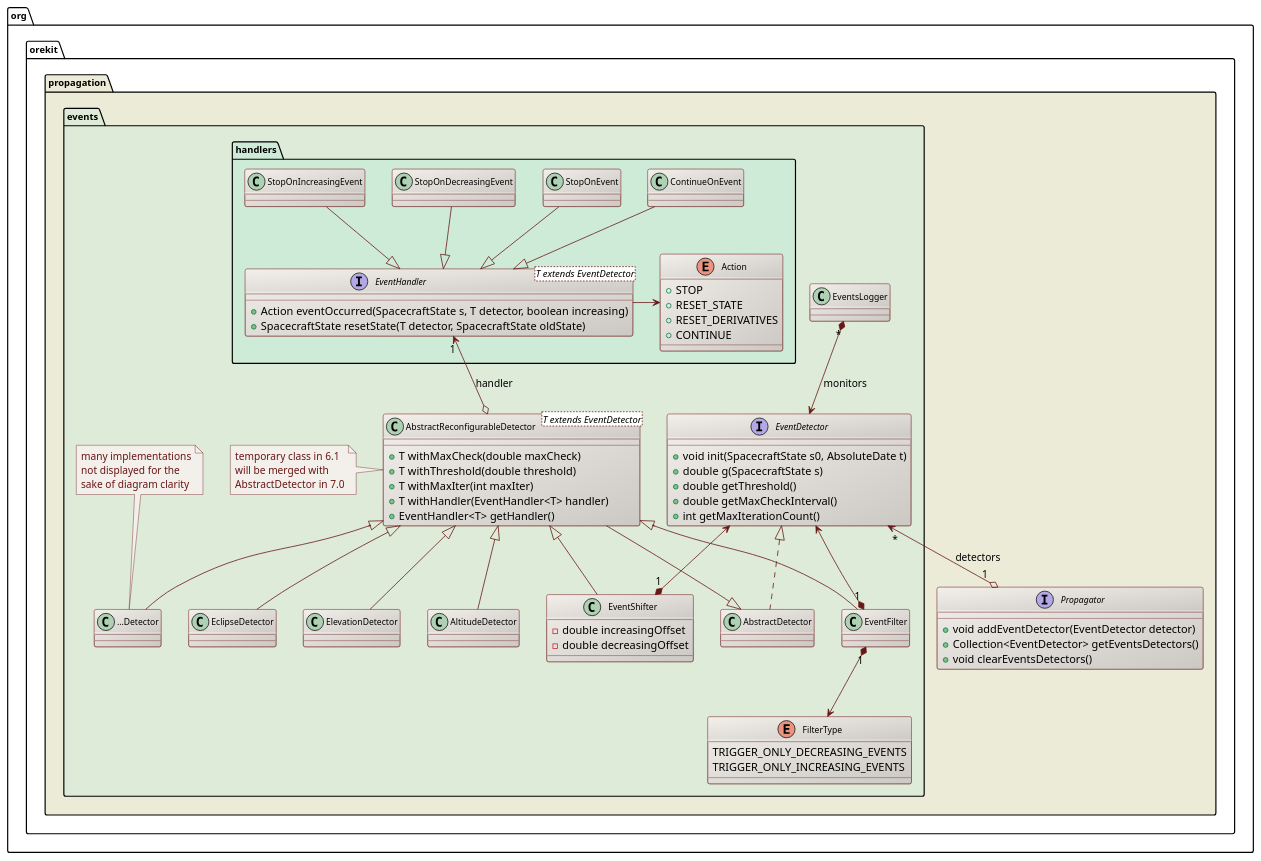
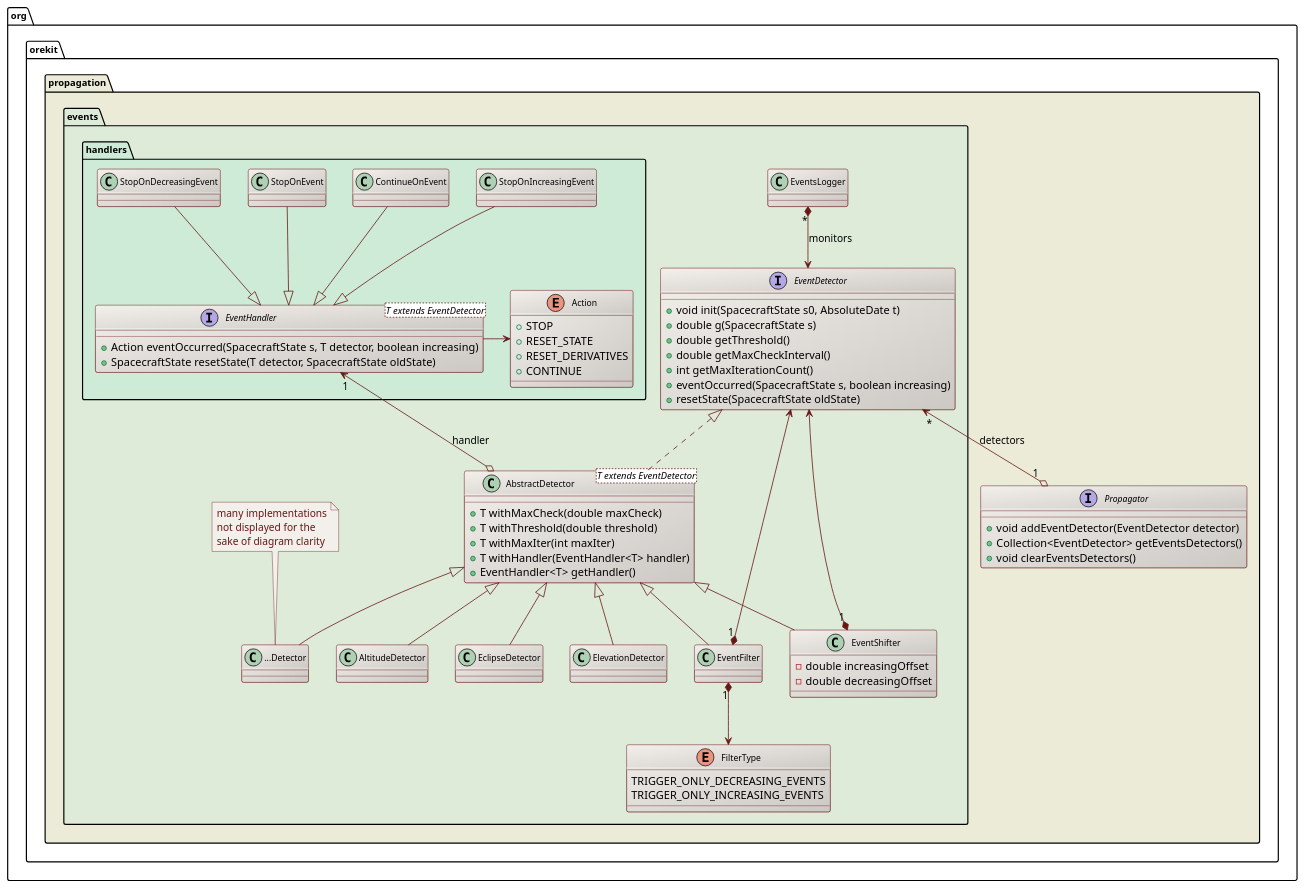
One commit to CS-SI/Orekit changed the diagram in src/design/events-class-diagram.puml. Above: the diagram before and after it, drawn with PlantUML. The commit also changed 5 other files, not shown here.

```diff
--- a/src/design/events-class-diagram.puml
+++ b/src/design/events-class-diagram.puml
@@ -17,108 +17,104 @@
 @startuml
 
   skinparam svek                  true
   skinparam ClassBackgroundColor  #F3EFEB/CCC9C5
   skinparam ClassArrowColor       #691616
   skinparam ClassBorderColor      #691616
   skinparam NoteBackgroundColor   #F3EFEB
   skinparam NoteBorderColor       #691616
   skinparam NoteFontColor         #691616
   skinparam ClassFontSize         11
   skinparam PackageFontSize       12
 
   package org.orekit.propagation #ECEBD8 {
 
     package events #DDEBD8 {
 
       package handlers #CEEBD8 {
 
         interface "EventHandler<T extends EventDetector>" as EventHandler_T_ {
           +Action eventOccurred(SpacecraftState s, T detector, boolean increasing)
           +SpacecraftState resetState(T detector, SpacecraftState oldState)
         }
 
         enum Action {
           +STOP
           +RESET_STATE
           +RESET_DERIVATIVES
           +CONTINUE
         }
 
         ContinueOnEvent       --|> EventHandler_T_
         StopOnEvent           --|> EventHandler_T_
         StopOnDecreasingEvent --|> EventHandler_T_
         StopOnIncreasingEvent --|> EventHandler_T_
 
       }
 
       class EventsLogger
 
       interface EventDetector {
         +void init(SpacecraftState s0, AbsoluteDate t)
         +double g(SpacecraftState s)
         +double getThreshold()
         +double getMaxCheckInterval()
         +int getMaxIterationCount()
+        +eventOccurred(SpacecraftState s, boolean increasing)
+        +resetState(SpacecraftState oldState)
       }
 
       class EventShifter {
        -double increasingOffset
        -double decreasingOffset
       }
 
       EventDetector <--* "1" EventShifter 
-      class "AbstractReconfigurableDetector<T extends EventDetector>" as AbstractReconfigurableDetector_T_ {
+      class "AbstractDetector<T extends EventDetector>" as AbstractDetector_T_ {
         +T withMaxCheck(double maxCheck)
         +T withThreshold(double threshold)
         +T withMaxIter(int maxIter)
         +T withHandler(EventHandler<T> handler)
         +EventHandler<T> getHandler()
       }
-      note left
-        temporary class in 6.1
-        will be merged with
-        AbstractDetector in 7.0
-      end note
 
       class EventFilter
       enum FilterType {
 	    TRIGGER_ONLY_DECREASING_EVENTS
 	    TRIGGER_ONLY_INCREASING_EVENTS
       }
 
       EventsLogger "*" *--> EventDetector : monitors
 
       EventDetector <--* "1" EventFilter 
       EventFilter "1" *--> FilterType
 
-      AbstractReconfigurableDetector_T_ <|-- EventShifter  
-      AbstractReconfigurableDetector_T_ <|-- EventFilter  
-      AbstractDetector <|-left- AbstractReconfigurableDetector_T_  
+      AbstractDetector_T_ <|-- EventShifter  
+      AbstractDetector_T_ <|-- EventFilter  
 
       Action <-left- EventHandler_T_
-      EventDetector    <|.. AbstractDetector
-      AbstractReconfigurableDetector_T_ <|-- AltitudeDetector
-      AbstractReconfigurableDetector_T_ <|-- EclipseDetector
-      AbstractReconfigurableDetector_T_ <|-- ElevationDetector
+      EventDetector       <|.. AbstractDetector_T_
+      AbstractDetector_T_ <|-- AltitudeDetector
+      AbstractDetector_T_ <|-- EclipseDetector
+      AbstractDetector_T_ <|-- ElevationDetector
       class "...Detector" as DummyDetector
-      AbstractReconfigurableDetector_T_ <|-- DummyDetector
+      AbstractDetector_T_ <|-- DummyDetector
       note top
         many implementations
         not displayed for the
         sake of diagram clarity
       end note
 
-      EventHandler_T_ "1" <--o AbstractReconfigurableDetector_T_ : handler
+      EventHandler_T_ "1" <--o AbstractDetector_T_ : handler
 
     }
 
     interface Propagator {
       +void addEventDetector(EventDetector detector)
       +Collection<EventDetector> getEventsDetectors()
       +void clearEventsDetectors()
     }
     EventDetector "*" <--o "1" Propagator : detectors
 
   }
 
 @enduml
```
